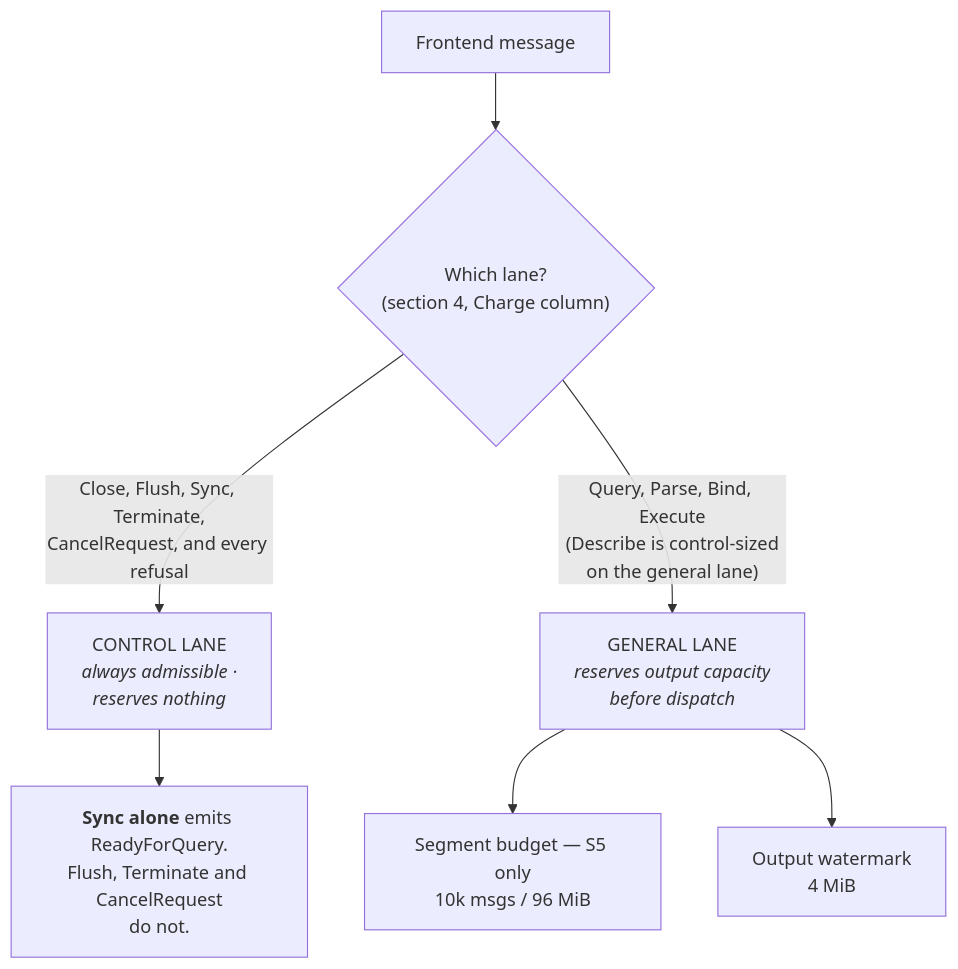
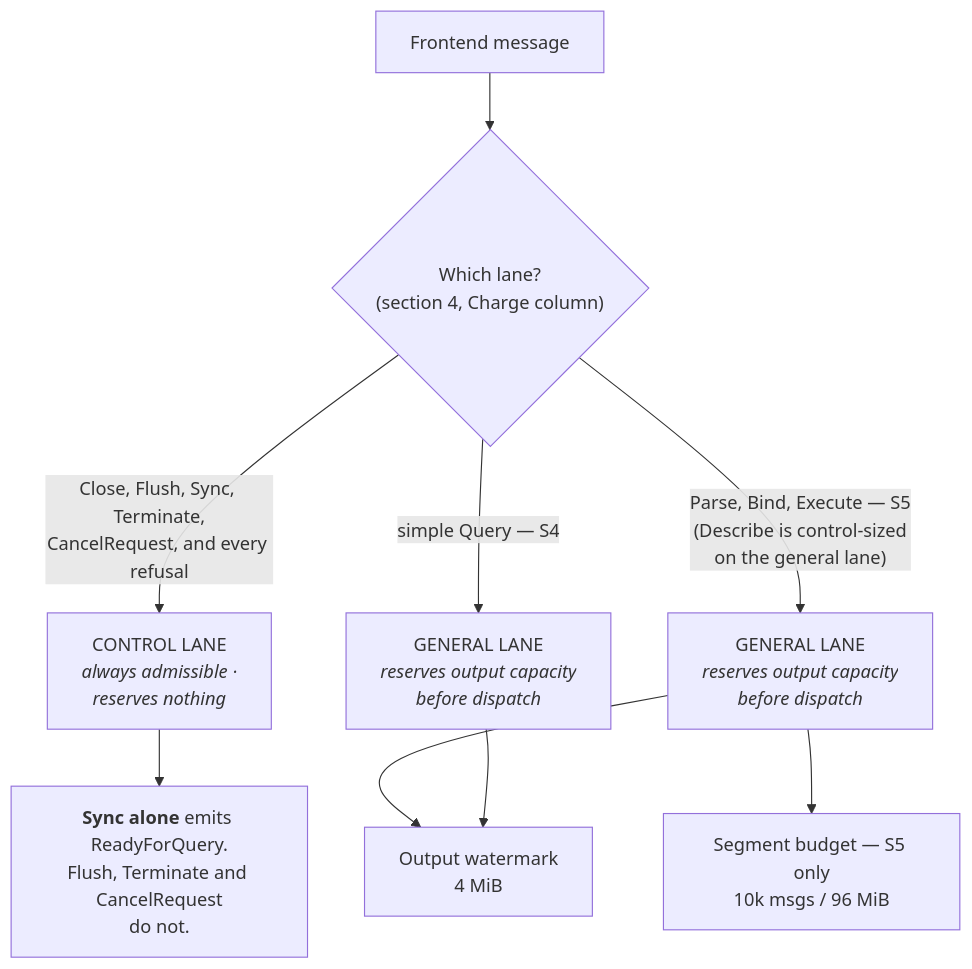
Before and after one commit to yongjohnlee80/autodb: the second of 4 diagrams in docs/front-door/protocol-matrix.md, drawn with Mermaid. The commit also changed 1 other file, not shown here.

First paragraph of the commit message:
docs: assert polarity and routing, not the presence of words
Lector's r2 residuals. Both mine, and MF2a is the sharper one.

````diff
--- a/docs/front-door/protocol-matrix.md
+++ b/docs/front-door/protocol-matrix.md
@@ -57,9 +57,11 @@
 ```mermaid
 flowchart TD
     A["Frontend message"] --> B{"Which lane?<br/>(section 4, Charge column)"}
     B -->|"Close, Flush, Sync, Terminate,<br/>CancelRequest, and every refusal"| C["CONTROL LANE<br/><i>always admissible ·<br/>reserves nothing</i>"]
-    B -->|"Query, Parse, Bind, Execute<br/>(Describe is control-sized<br/>on the general lane)"| D["GENERAL LANE<br/><i>reserves output capacity<br/>before dispatch</i>"]
+    B -->|"simple Query — S4"| Q["GENERAL LANE<br/><i>reserves output capacity<br/>before dispatch</i>"]
+    B -->|"Parse, Bind, Execute — S5<br/>(Describe is control-sized<br/>on the general lane)"| D["GENERAL LANE<br/><i>reserves output capacity<br/>before dispatch</i>"]
     D --> E["Segment budget — S5 only<br/>10k msgs / 96 MiB"]
     D --> F["Output watermark<br/>4 MiB"]
+    Q --> F
     C --> G["<b>Sync alone</b> emits ReadyForQuery.<br/>Flush, Terminate and CancelRequest<br/>do not."]
 ```
````
